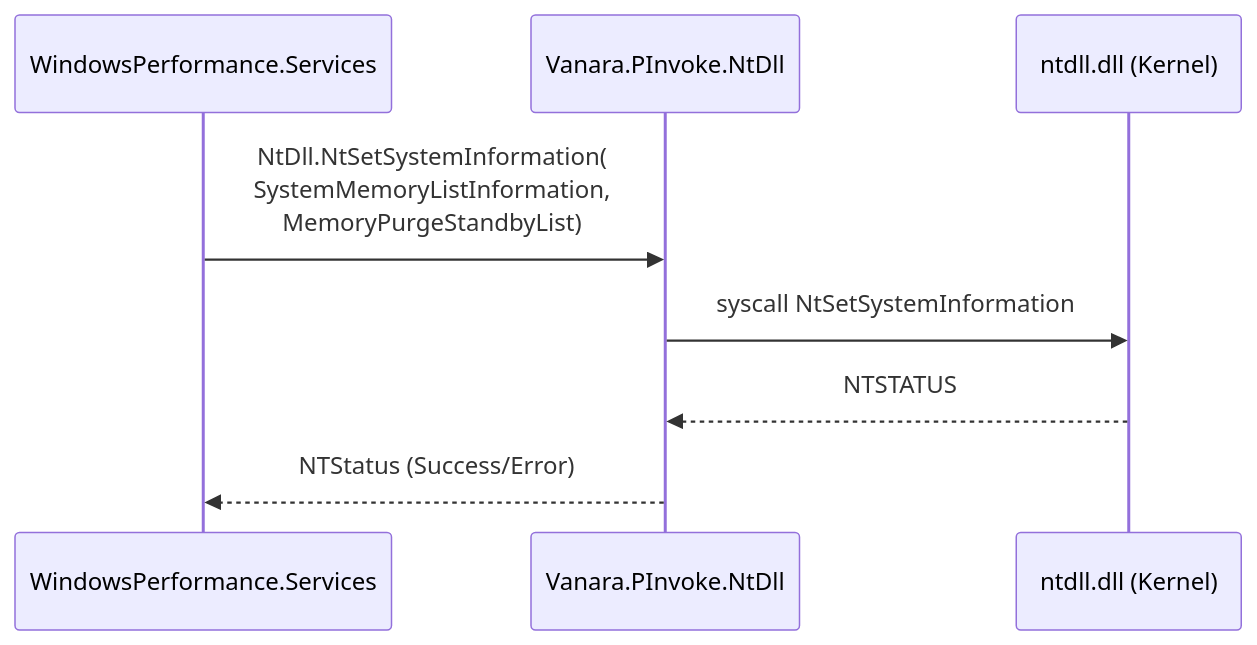
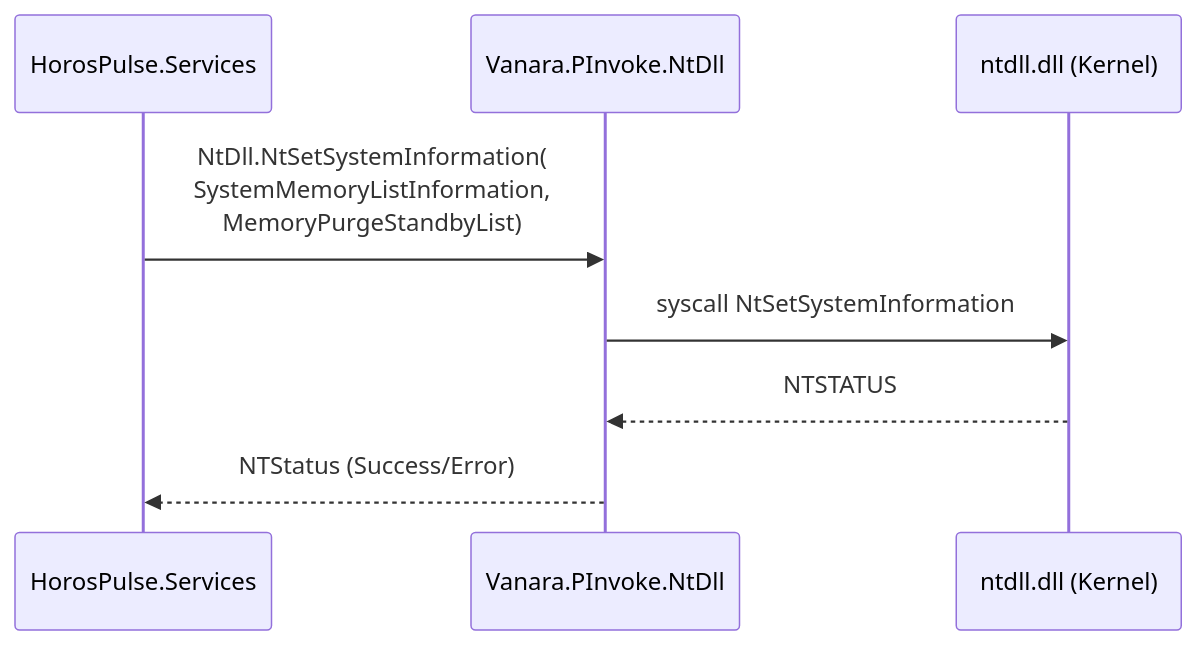
Before and after one commit to HorosCloudOfficial/HorosPulse: the third of 4 diagrams in docs/features/external-henrypp/04-architektur.md, drawn with Mermaid. The commit also changed other lines of this file and 522 other files, not shown here.

First line of the commit message:
Rebrand WindowsPerformance to HorosPulse (HorosCode ecosystem).

````diff
--- a/docs/features/external-henrypp/04-architektur.md
+++ b/docs/features/external-henrypp/04-architektur.md
@@ -75,11 +75,11 @@
 ```mermaid
 sequenceDiagram
-    participant App as WindowsPerformance.Services
+    participant App as HorosPulse.Services
     participant Vanara as Vanara.PInvoke.NtDll
     participant NT as ntdll.dll (Kernel)
 
     App->>Vanara: NtDll.NtSetSystemInformation(<br/>SystemMemoryListInformation,<br/>MemoryPurgeStandbyList)
     Vanara->>NT: syscall NtSetSystemInformation
     NT-->>Vanara: NTSTATUS
     Vanara-->>App: NTStatus (Success/Error)
 ```
````
